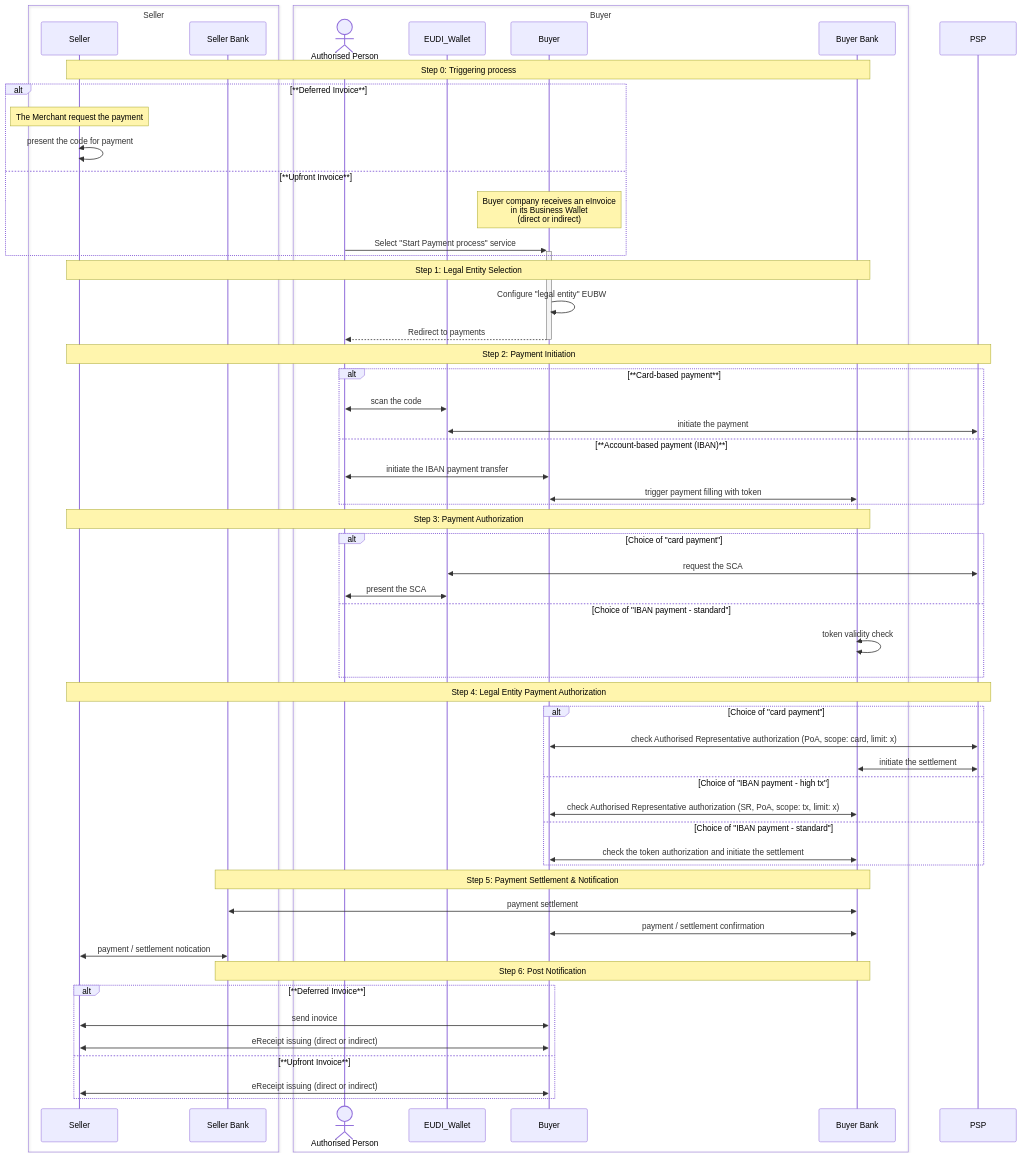
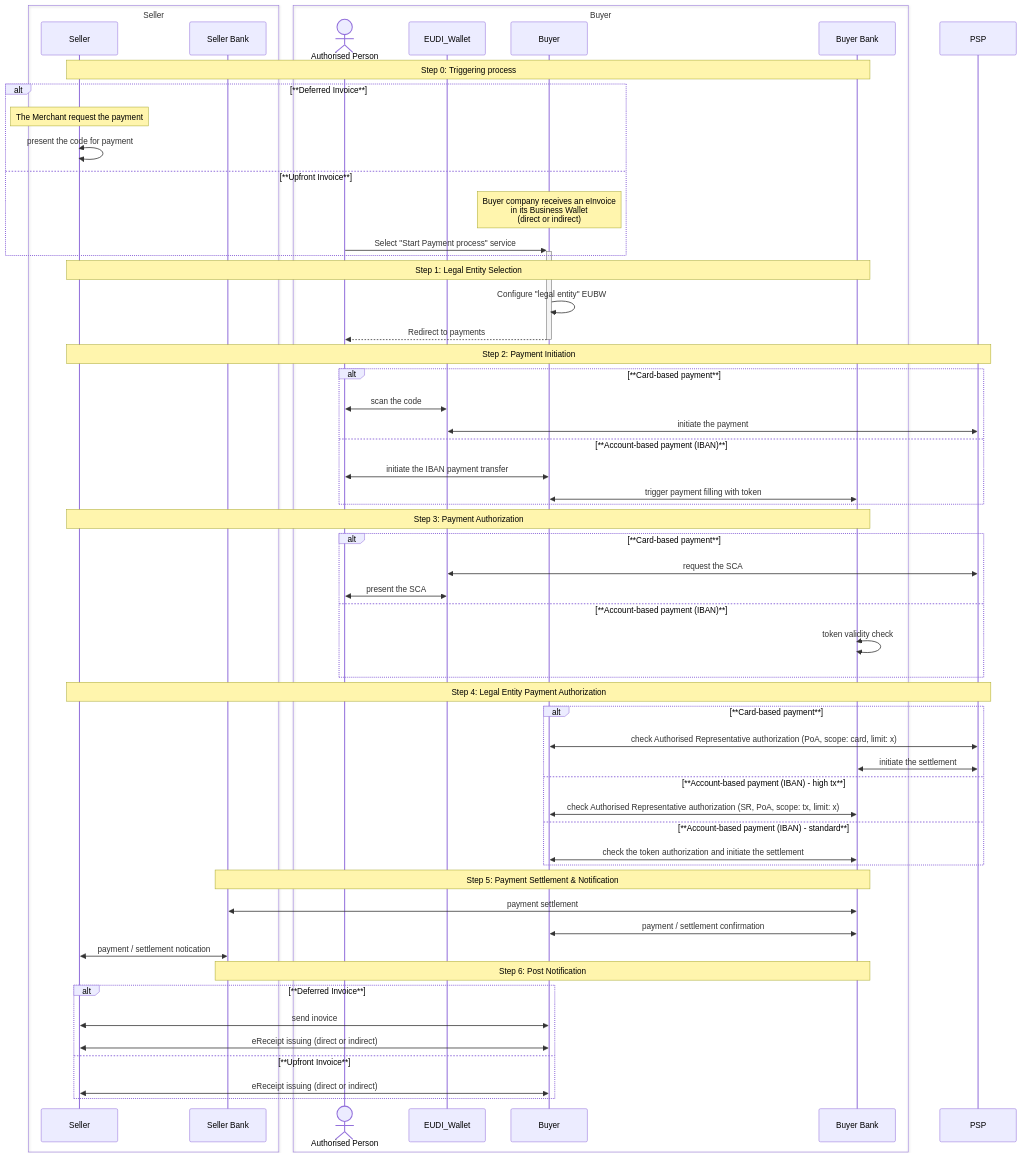
Before and after one commit to flo0x/wp3-technology-standards: the diagram in PA4/README_MVP.md, drawn with Mermaid. The commit also changed other lines of this file, not shown here.

````diff
--- a/PA4/README_MVP.md
+++ b/PA4/README_MVP.md
@@ -192,67 +202,67 @@
 ```mermaid
 sequenceDiagram
 box  Seller
   participant Seller
   participant SellerBank as Seller Bank
 end
 box  Buyer
   actor AuthPerson as Authorised Person
   participant EUDI_Wallet
   participant Buyer
   participant BuyerBank as Buyer Bank
 end
 participant PSP
 
     note over Seller, BuyerBank  : Step 0: Triggering process 
     alt **Deferred Invoice**
         note over Seller  : The Merchant request the payment 
         Seller <<->> Seller: present the code for payment         
     else **Upfront  Invoice**     
         note over Buyer : Buyer company receives an eInvoice<br/>in its Business Wallet<br/>(direct or indirect)
         AuthPerson ->>+ Buyer : Select "Start Payment process" service
     end 
     
     note over Seller, BuyerBank  : Step 1: Legal Entity Selection
     Buyer ->> Buyer : Configure "legal entity" EUBW
     Buyer -->>- AuthPerson : Redirect to payments
 
     note over Seller, PSP  : Step 2: Payment Initiation
     alt **Card-based payment**
         AuthPerson <<->> EUDI_Wallet : scan the code
         EUDI_Wallet <<->> PSP : initiate the payment
     else **Account-based payment (IBAN)**
         AuthPerson <<->> Buyer : initiate the IBAN payment transfer
         Buyer <<->> BuyerBank : trigger payment filling with token
     end
 
     note over Seller, BuyerBank  : Step 3: Payment Authorization
-    alt Choice of "card payment"
+    alt **Card-based payment**
         PSP <<->> EUDI_Wallet : request the SCA
         AuthPerson <<->> EUDI_Wallet : present the SCA
-    else Choice of "IBAN payment - standard"
+    else **Account-based payment (IBAN)**
         BuyerBank <<->> BuyerBank : token validity check
     end
 
     note over Seller, PSP  : Step 4: Legal Entity Payment Authorization
-    alt Choice of "card payment"
+    alt **Card-based payment**
         PSP <<->> Buyer : check Authorised Representative authorization (PoA, scope: card, limit: x)
         PSP <<->> BuyerBank : initiate the settlement
-    else Choice of "IBAN payment - high tx"
+    else **Account-based payment (IBAN) - high tx**
         BuyerBank <<->> Buyer : check Authorised Representative authorization (SR, PoA, scope: tx, limit: x)
-    else Choice of "IBAN payment - standard"
+    else **Account-based payment (IBAN) - standard**
         BuyerBank <<->> Buyer : check the token authorization and initiate the settlement
     end
 
     note over SellerBank, BuyerBank  : Step 5: Payment Settlement & Notification
     BuyerBank <<->> SellerBank : payment settlement
     BuyerBank <<->> Buyer : payment / settlement confirmation
     SellerBank <<->> Seller : payment / settlement notication
 
     note over SellerBank, BuyerBank  : Step 6: Post Notification   
     alt **Deferred Invoice**
         Seller <<->> Buyer: send inovice 
         Buyer <<->> Seller : eReceipt issuing (direct or indirect)
     else **Upfront  Invoice**     
         Buyer <<->> Seller : eReceipt issuing (direct or indirect)
     end 
 ```
````
